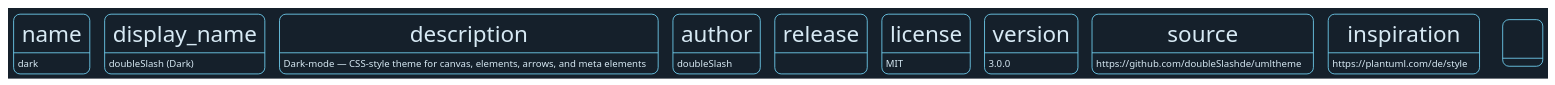
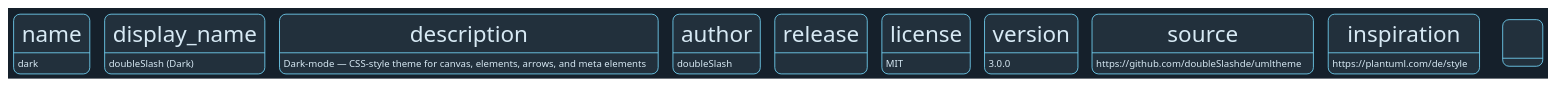
Before and after one commit to doubleSlashde/umltheme: the diagram in doubleslash/v3/puml-theme-dark.puml, drawn with PlantUML. The commit also changed 6 other files, not shown here.

Commit message:
feat: v3 state diagramm

```diff
--- a/doubleslash/v3/puml-theme-dark.puml
+++ b/doubleslash/v3/puml-theme-dark.puml
@@ -15,7 +15,7 @@
 skinparam Shadowing false
 skinparam BackgroundColor #15202B
 skinparam DefaultTextAlignment center
-skinparam linetype polyline
+'skinparam linetype polyline
 ' Direction is not set globally in v3 theme.
 ' Set "top to bottom direction" or "left to right direction"
 ' in the concrete diagram where the diagram type supports it.
@@ -33,6 +33,14 @@
   TitleBackgroundColor  #2D2D2D
   BorderColor           #B6B6B6
   BorderThickness       1
+}
+
+' State — legacy only (StartColor, EndColor, AttributeFont*; no CSS equivalent)
+skinparam state {
+  StartColor            #CCCCCC
+  EndColor              #CCCCCC
+  AttributeFontColor    #D7E9F4
+  AttributeFontSize     11
 }
 
 hide circle
@@ -237,4 +245,32 @@
     }
   }
 
+  stateDiagram {
+    state {
+      BackGroundColor     #22303C
+    }
+
+    diamond {
+      BackGroundColor     #00A5E1
+      LineColor           #77DDFF
+      FontColor           #000000
+      FontSize            11
+    }
+
+    activityBar {
+      BackGroundColor     #B9D478
+      LineThickness       2
+    }
+
+    start {
+      BackgroundColor #CCCCCC
+      LineColor #CCCCCC
+    }
+
+    end {
+      BackgroundColor #CCCCCC
+      LineColor #CCCCCC
+    }
+  }
+
 </style>
```
